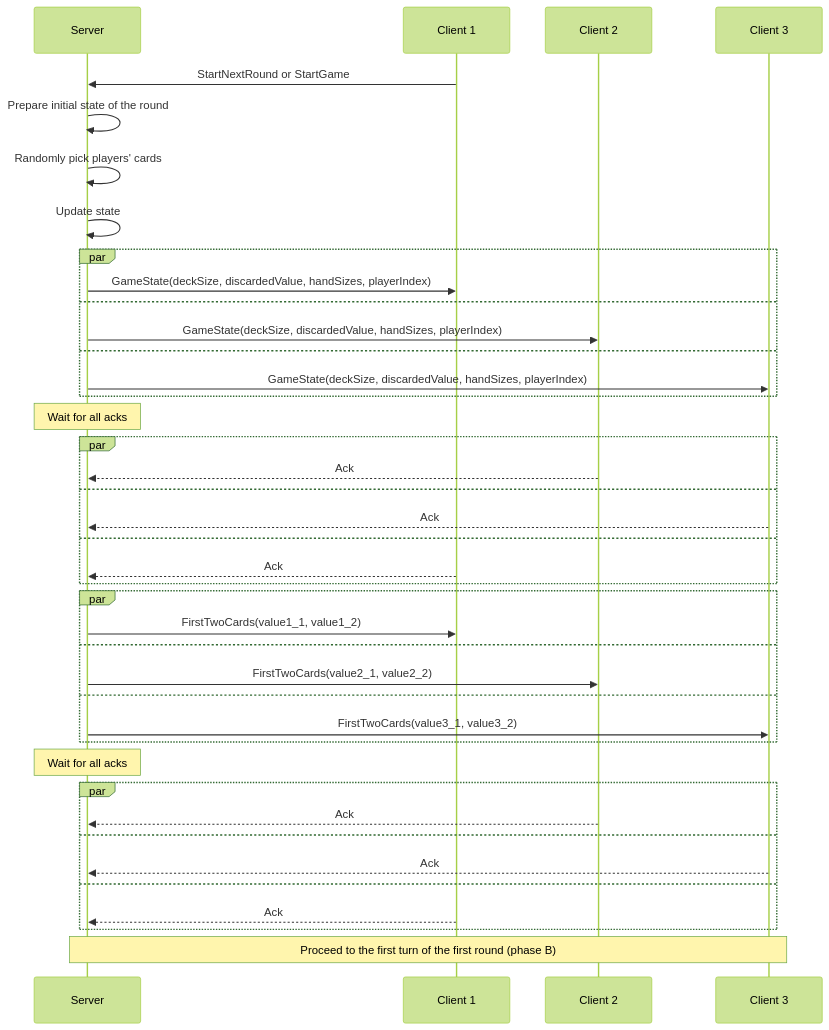
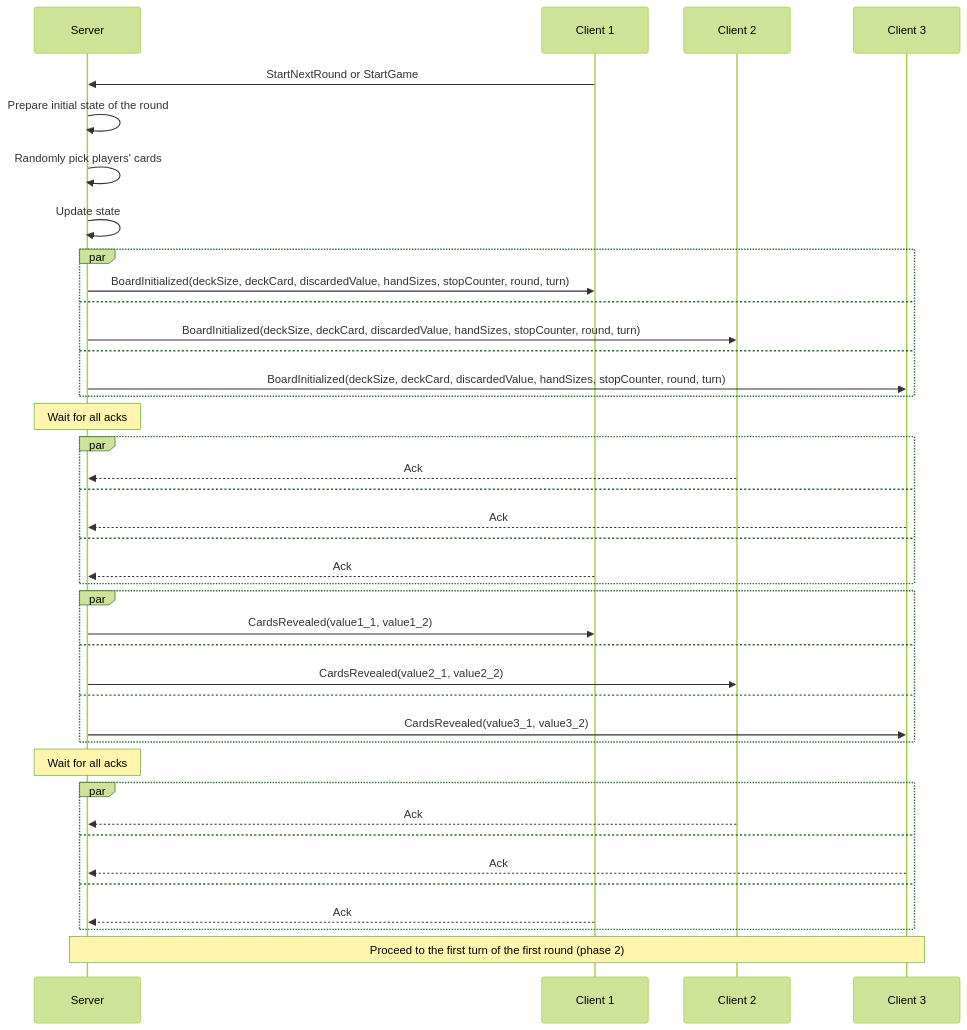
One commit to roman-zubarevich/another changed the second of 15 diagrams in README.md. Above: the diagram before and after it, drawn with Mermaid (forest theme). The commit also changed other lines of this file, not shown here.

````diff
--- a/README.md
+++ b/README.md
@@ -54,42 +56,42 @@
 ```mermaid
 sequenceDiagram
     participant S as Server
     participant C1 as Client 1
     participant C2 as Client 2
     participant C3 as Client 3
     C1->>S: StartNextRound or StartGame
     S->>S: Prepare initial state of the round
     S->>S: Randomly pick players' cards
     S->>S: Update state
     par
-        S->>C1: GameState(deckSize, discardedValue, handSizes, playerIndex)
+        S->>C1: BoardInitialized(deckSize, deckCard, discardedValue, handSizes, stopCounter, round, turn)
     and
-        S->>C2: GameState(deckSize, discardedValue, handSizes, playerIndex)
+        S->>C2: BoardInitialized(deckSize, deckCard, discardedValue, handSizes, stopCounter, round, turn)
     and
-        S->>C3: GameState(deckSize, discardedValue, handSizes, playerIndex)
+        S->>C3: BoardInitialized(deckSize, deckCard, discardedValue, handSizes, stopCounter, round, turn)
     end
     Note over S: Wait for all acks
     par
         C2-->>S: Ack
     and
         C3-->>S: Ack
     and
         C1-->>S: Ack
     end
     par
-        S->>C1: FirstTwoCards(value1_1, value1_2)
+        S->>C1: CardsRevealed(value1_1, value1_2)
     and
-        S->>C2: FirstTwoCards(value2_1, value2_2)
+        S->>C2: CardsRevealed(value2_1, value2_2)
     and
-        S->>C3: FirstTwoCards(value3_1, value3_2)
+        S->>C3: CardsRevealed(value3_1, value3_2)
     end
     Note over S: Wait for all acks
     par
         C2-->>S: Ack
     and
         C3-->>S: Ack
     and
         C1-->>S: Ack
     end
-    Note over S,C3: Proceed to the first turn of the first round (phase B)
+    Note over S,C3: Proceed to the first turn of the first round (phase 2)
 ```
````
